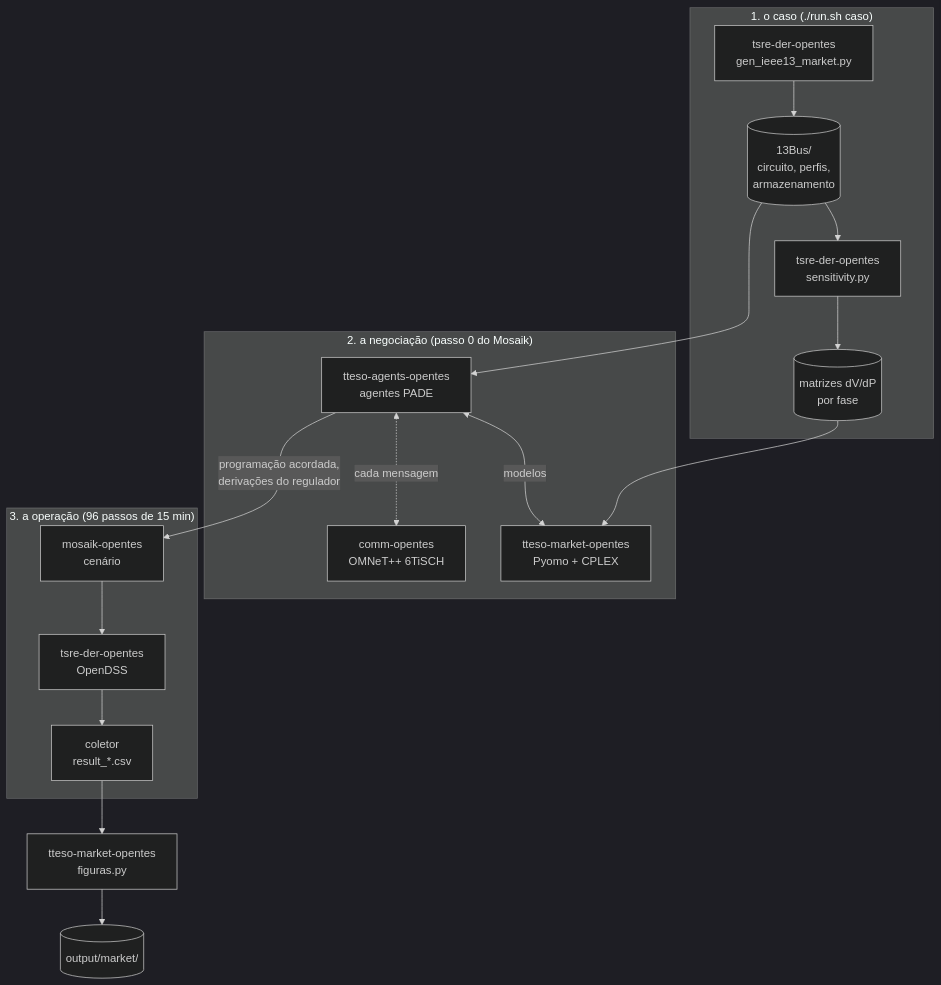
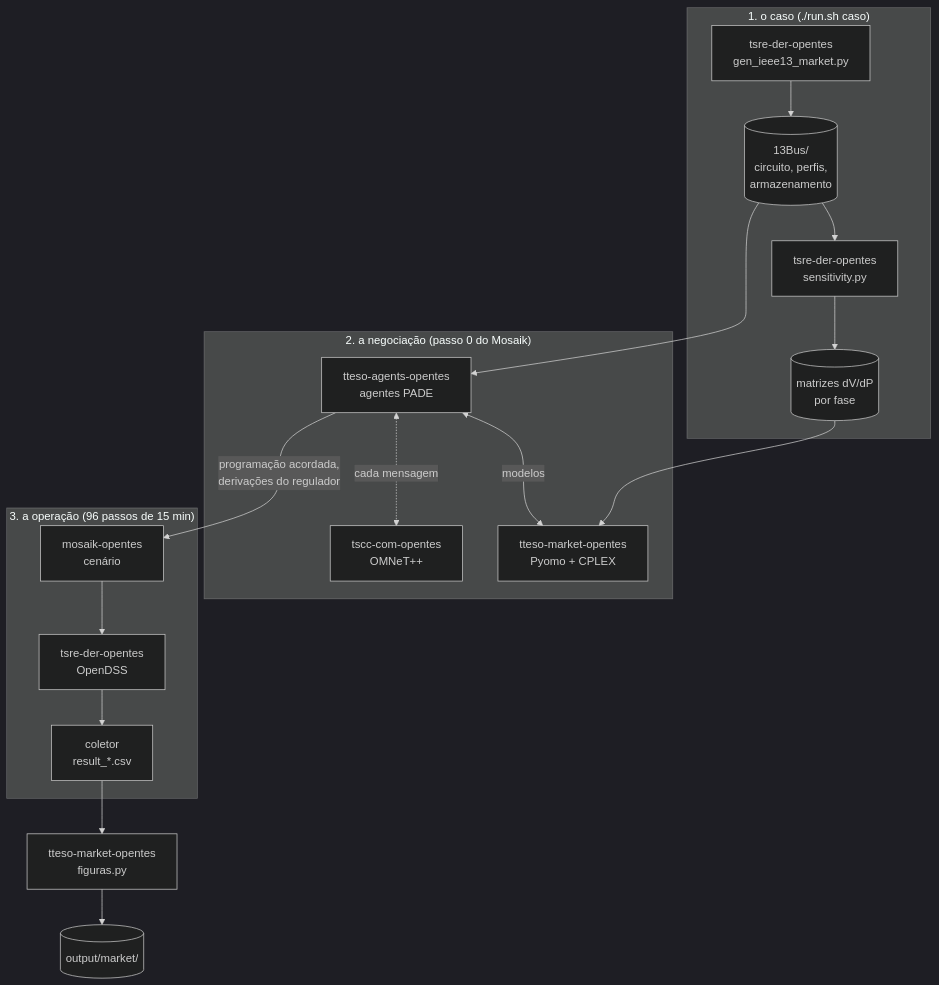
The diagram in README.md (grei-ufc/co-simulation-opentes), drawn with Mermaid (dark theme) before and after one commit. The commit also changed other lines of this file and 7 other files, not shown here.

First line of the commit message:
A rede do projeto (OMNeT++ do TSCC) passa a ser o padrao

````diff
--- a/README.md
+++ b/README.md
@@ -14,18 +14,18 @@
 ```mermaid
 flowchart TB
     subgraph prep["1. o caso (./run.sh caso)"]
         G[tsre-der-opentes<br/>gen_ieee13_market.py] --> D[(13Bus/<br/>circuito, perfis,<br/>armazenamento)]
         D --> S[tsre-der-opentes<br/>sensitivity.py] --> Mx[(matrizes dV/dP<br/>por fase)]
     end
     subgraph neg["2. a negociação (passo 0 do Mosaik)"]
         A[tteso-agents-opentes<br/>agentes PADE] <-- modelos --> L[tteso-market-opentes<br/>Pyomo + CPLEX]
-        A <-. cada mensagem .-> C[comm-opentes<br/>OMNeT++ 6TiSCH]
+        A <-. cada mensagem .-> C[tscc-com-opentes<br/>OMNeT++]
     end
     subgraph op["3. a operação (96 passos de 15 min)"]
         K[mosaik-opentes<br/>cenário] --> O[tsre-der-opentes<br/>OpenDSS] --> R[coletor<br/>result_*.csv]
     end
     D --> A
     Mx --> L
     A -- programação acordada,<br/>derivações do regulador --> K
     R --> F[tteso-market-opentes<br/>figuras.py] --> Out[(output/market/)]
 ```
````
